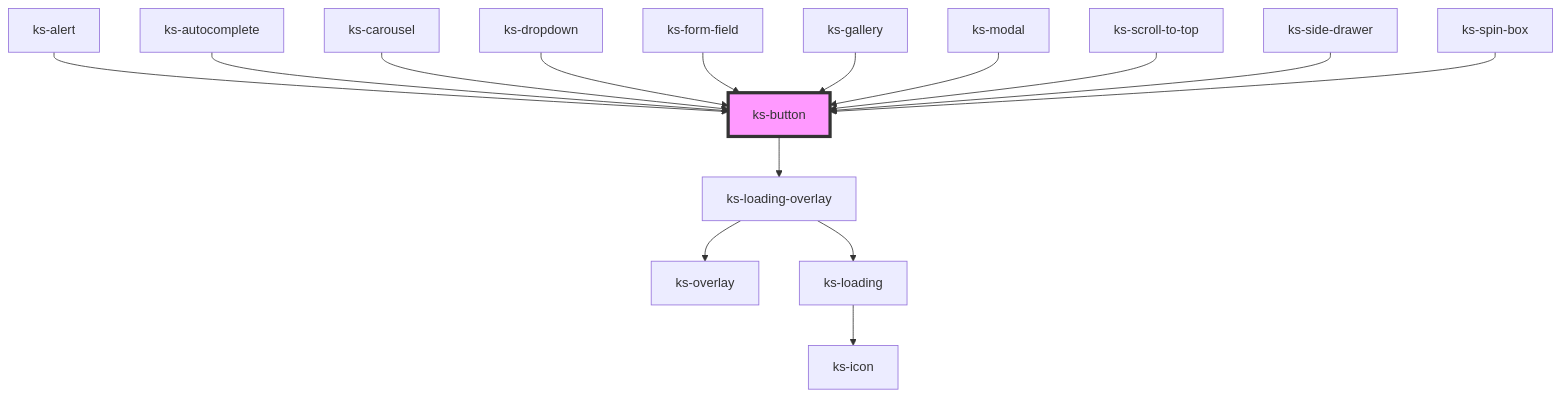
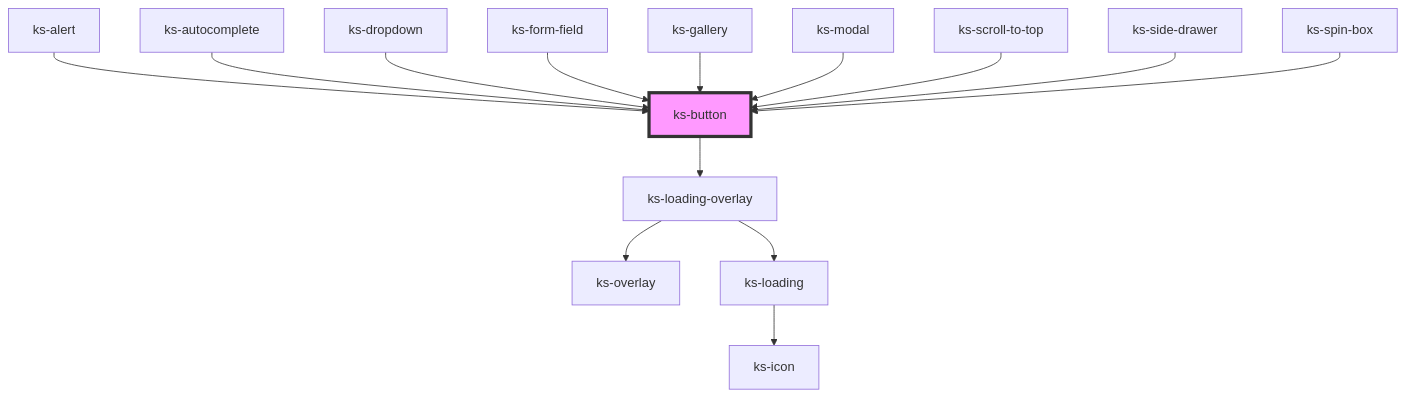
Before and after one commit to kickstand-ui/kickstand-ui: the diagram in src/scripts/components/button/readme.md, drawn with Mermaid. The commit also changed other lines of this file, not shown here.

Commit message:
removed button from carousel

````diff
--- a/src/scripts/components/button/readme.md
+++ b/src/scripts/components/button/readme.md
@@ -64,18 +63,17 @@
 ```mermaid
 graph TD;
   ks-button --> ks-loading-overlay
   ks-loading-overlay --> ks-overlay
   ks-loading-overlay --> ks-loading
   ks-loading --> ks-icon
   ks-alert --> ks-button
   ks-autocomplete --> ks-button
-  ks-carousel --> ks-button
   ks-dropdown --> ks-button
   ks-form-field --> ks-button
   ks-gallery --> ks-button
   ks-modal --> ks-button
   ks-scroll-to-top --> ks-button
   ks-side-drawer --> ks-button
   ks-spin-box --> ks-button
   style ks-button fill:#f9f,stroke:#333,stroke-width:4px
 ```
````
